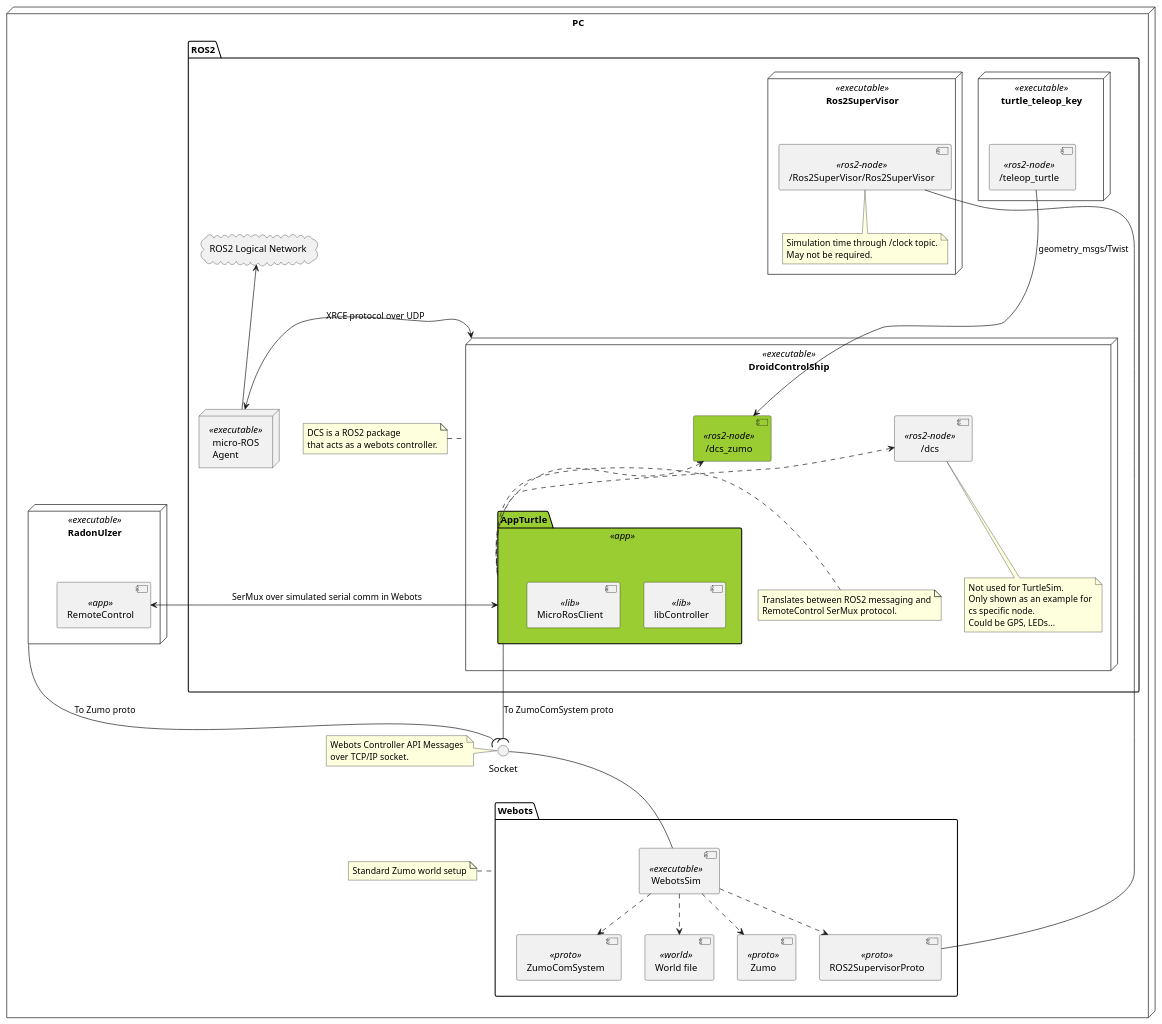
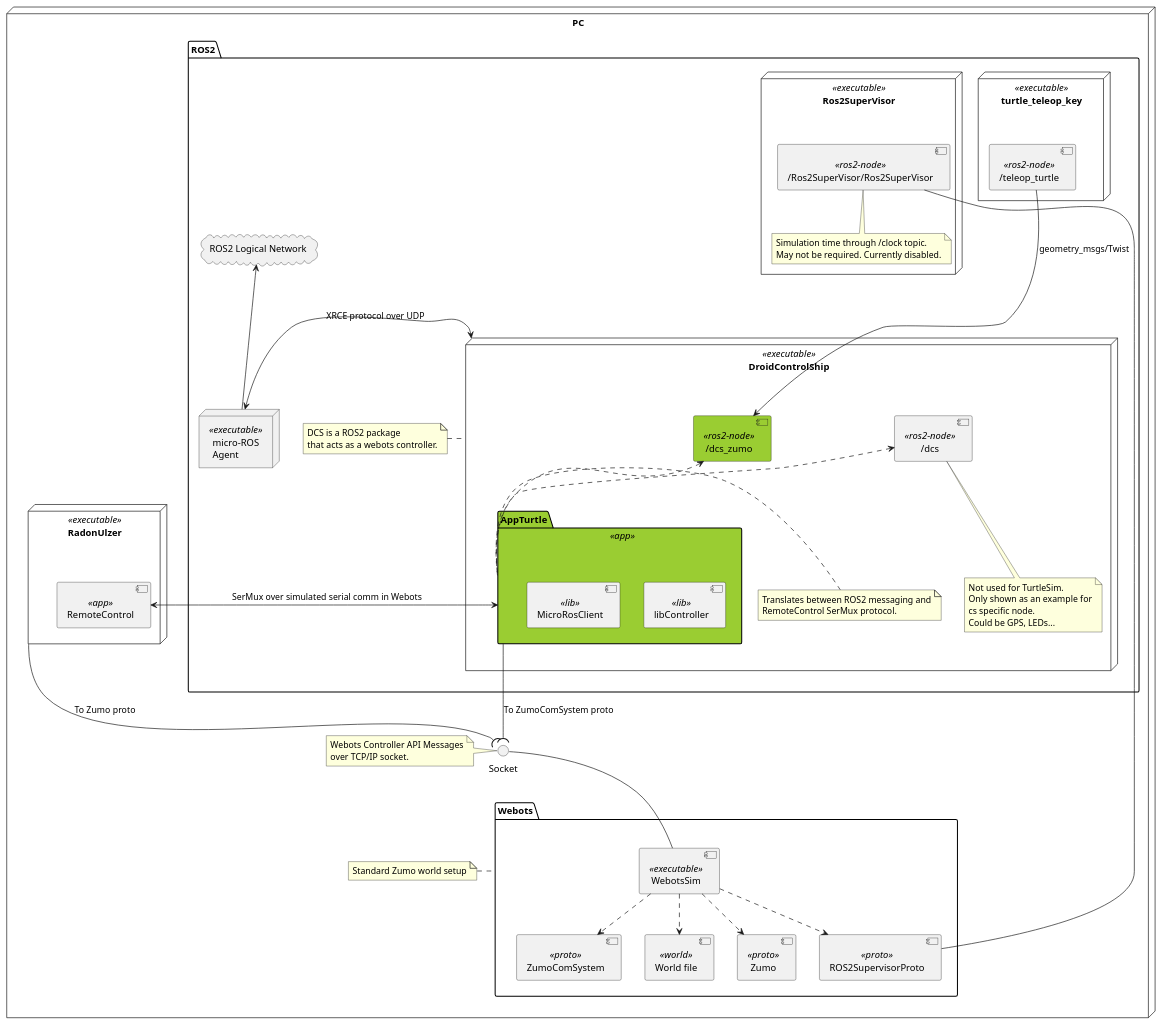
One commit to BlueAndi/DroidControlShip changed the diagram in doc/ROS2/uml/turtle_sim_webots.plantuml. Above: the diagram before and after it, drawn with PlantUML.

Commit message:
docs(ROS2): add remark for currently not used supervisor

```diff
--- a/doc/ROS2/uml/turtle_sim_webots.plantuml
+++ b/doc/ROS2/uml/turtle_sim_webots.plantuml
@@ -1,89 +1,89 @@
 @startuml TurtleSim for DCS
 
 node "PC" {
     package "Webots" {
         component "WebotsSim" <<executable>> as wbsim
         component "World file" <<world>> as world
         component "Zumo"  <<proto>> as wbZumoProto
         component "ZumoComSystem"  <<proto>> as wbDcsProto
         component "ROS2SupervisorProto" <<proto>> as wbRos2Proto
 
         wbsim ..> world
         wbsim ..> wbZumoProto
         wbsim ..> wbDcsProto
         wbsim ..> wbRos2Proto
     }
     note left of Webots
         Standard Zumo world setup
     end note
 
     package "ROS2" {
         cloud "ROS2 Logical Network" as ros2LogicalNetwork
 
         node "turtle_teleop_key" <<executable>> as teleopTurtle {
             component "/teleop_turtle" <<ros2-node>> as teleopTurtleNode
         }
 
         node "Ros2SuperVisor" <<executable>> as wbSupervisorApp {
             component "/Ros2SuperVisor/Ros2SuperVisor" <<ros2-node>> as ros2SupervisorNode
             note bottom of ros2SupervisorNode
                 Simulation time through /clock topic.
-                May not be required.
+                May not be required. Currently disabled.
             end note
         }
 
         node "DroidControlShip" <<executable>> as dcs {
             package "AppTurtle" <<app>> as turtleApp #YellowGreen {
                 component "libController" <<lib>>
                 component "MicroRosClient" <<lib>>
             }
             note left of turtleApp
                 Translates between ROS2 messaging and
                 RemoteControl SerMux protocol.
             end note
 
             component "/dcs" <<ros2-node>> as dcsNode
             note bottom of dcsNode
                 Not used for TurtleSim.
                 Only shown as an example for
                 cs specific node.
                 Could be GPS, LEDs...
             end note
 
             component "/dcs_zumo" <<ros2-node>> as dcs_zumo_node #YellowGreen
         }
         note left of dcs
             DCS is a ROS2 package
             that acts as a webots controller.
         end note
 
         node "micro-ROS\nAgent" <<executable>> as uRosAgent
 
         turtleApp .u.> dcsNode
         turtleApp .u.> dcs_zumo_node
 
         teleopTurtleNode ---> dcs_zumo_node : geometry_msgs/Twist
 
         uRosAgent -u-> ros2LogicalNetwork
         dcs <-> uRosAgent : \n\nXRCE protocol over UDP
     }
 
     node "RadonUlzer" <<executable>> as radonUlzer {
         component "RemoteControl" <<app>> as radonUlzerRcApp
     }
 
     interface Socket as iSocket
     note left of iSocket
         Webots Controller API Messages
         over TCP/IP socket.
     end note
 
     wbsim -u-() iSocket
     turtleApp --( iSocket : To ZumoComSystem proto
     radonUlzer --( iSocket : To Zumo proto
 
     turtleApp <-> radonUlzerRcApp : SerMux over simulated serial comm in Webots
 
     wbRos2Proto ---- ros2SupervisorNode
 
 @enduml
```
